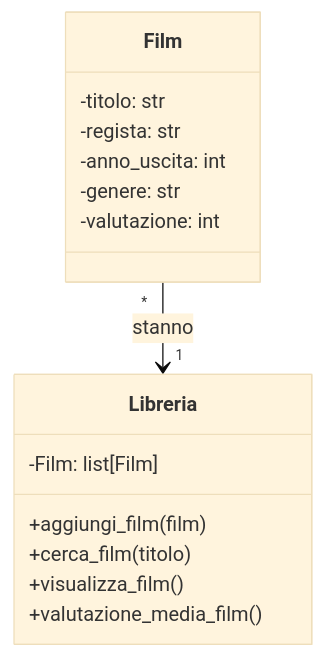
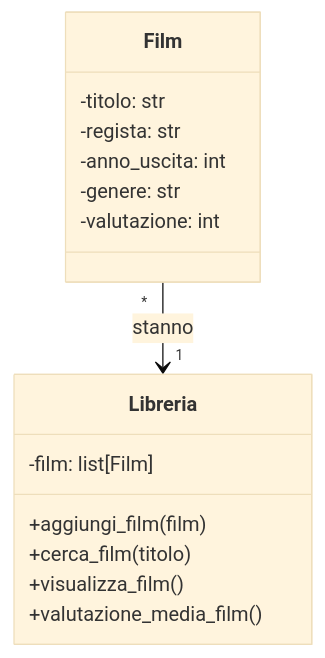
Before and after one commit to AngeloBerlini/es_python_4m: the diagram in berlini_024.md, drawn with Mermaid (base theme). The commit also changed 2 other files, not shown here.

Commit message:
Add Exercise 25: Implement Prenotazione and Ristorante classes with methods for managing reservations

````diff
--- a/berlini_024.md
+++ b/berlini_024.md
@@ -3,31 +3,31 @@
 ```mermaid
 
 classDiagram
 
     class Film{
     
         -titolo: str
         -regista: str
         -anno_uscita: int
         -genere: str
         -valutazione: int
     
     }
 
 
 
     class Libreria{
     
-        -Film: list[Film]
+        -film: list[Film]
         +aggiungi_film(film)
         +cerca_film(titolo)
         +visualizza_film()
         +valutazione_media_film()
     
     }
 
 
 Film "*" --> "1" Libreria : stanno
 
 
 ```
````
